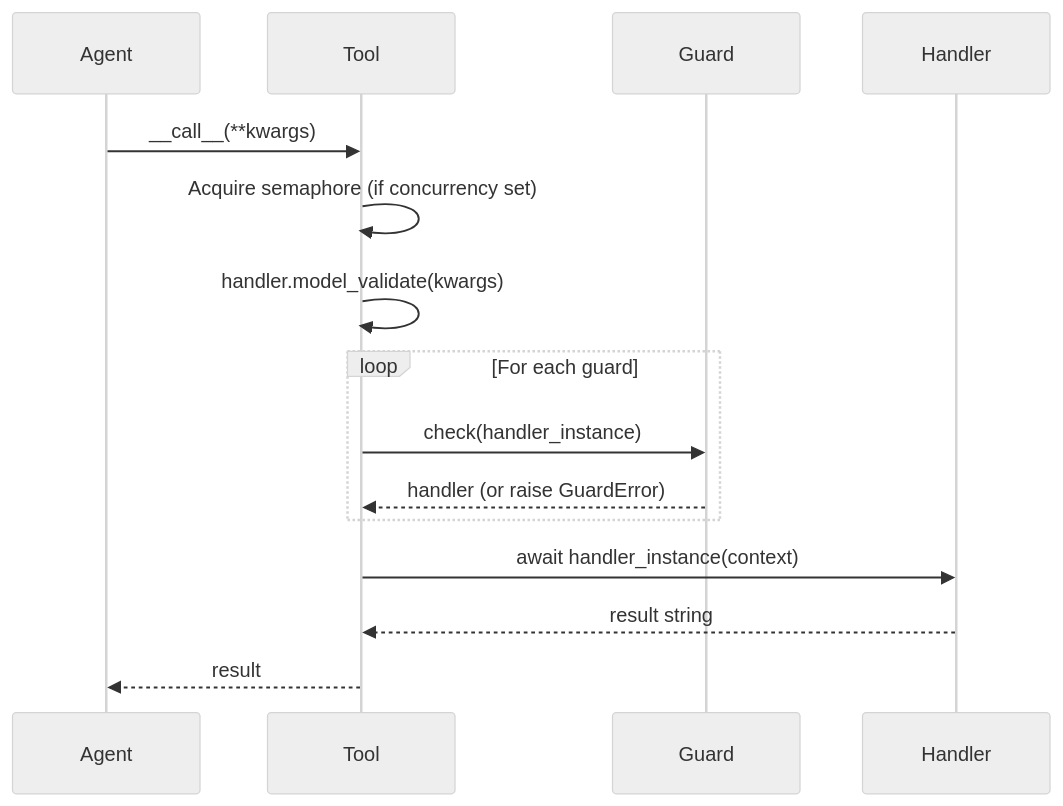
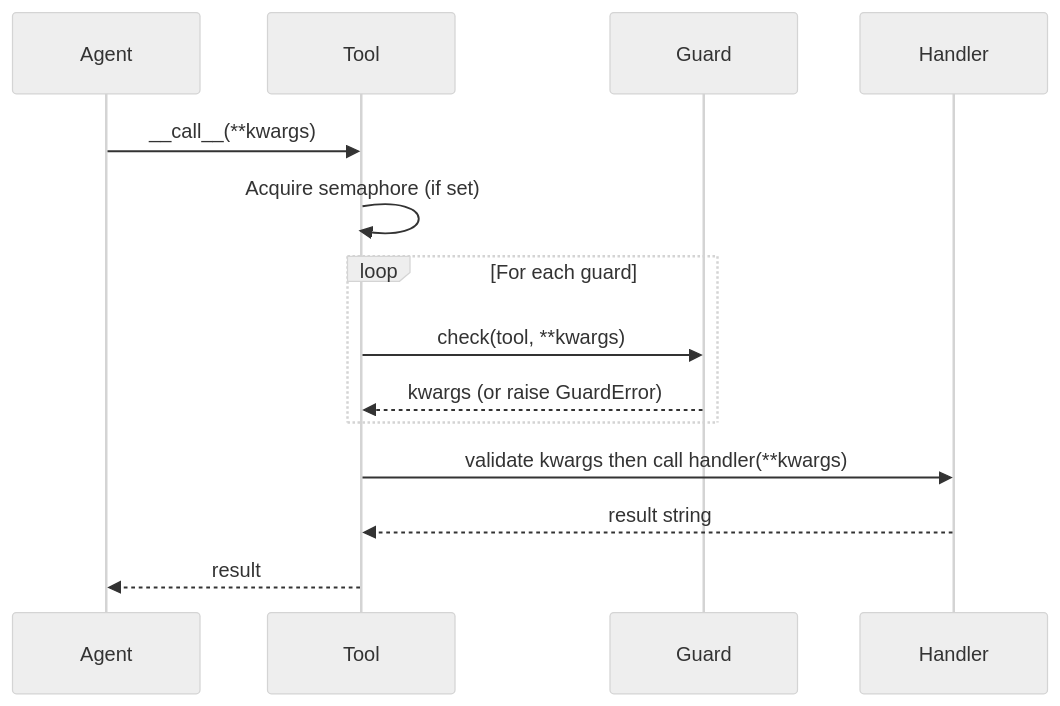
The diagram in docs/concepts/tools.md (mosquito/axio-agent), drawn with Mermaid (neutral theme) before and after one commit. The commit also changed other lines of this file and 149 other files, not shown here.

````diff
--- a/docs/concepts/tools.md
+++ b/docs/concepts/tools.md
@@ -83,18 +146,17 @@
 ```{mermaid}
 sequenceDiagram
     participant Agent
     participant Tool
     participant Guard
     participant Handler
 
     Agent->>Tool: __call__(**kwargs)
-    Tool->>Tool: Acquire semaphore (if concurrency set)
-    Tool->>Tool: handler.model_validate(kwargs)
+    Tool->>Tool: Acquire semaphore (if set)
     loop For each guard
-        Tool->>Guard: check(handler_instance)
-        Guard-->>Tool: handler (or raise GuardError)
+        Tool->>Guard: check(tool, **kwargs)
+        Guard-->>Tool: kwargs (or raise GuardError)
     end
-    Tool->>Handler: await handler_instance(context)
+    Tool->>Handler: validate kwargs then call handler(**kwargs)
     Handler-->>Tool: result string
     Tool-->>Agent: result
 ```
````
